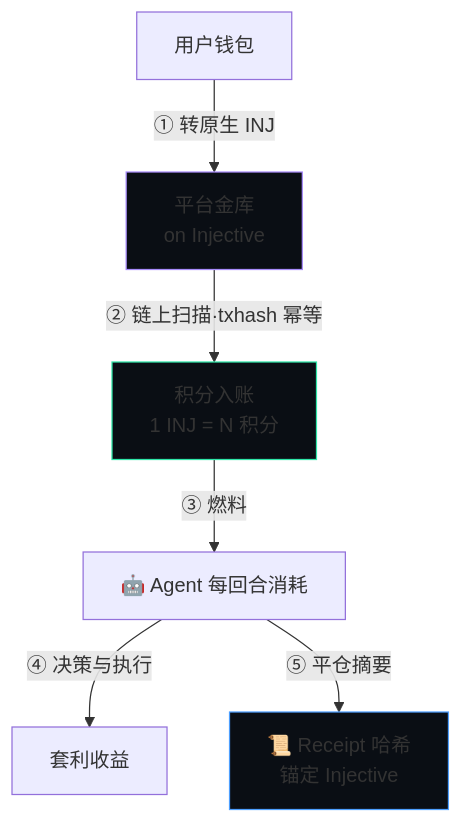
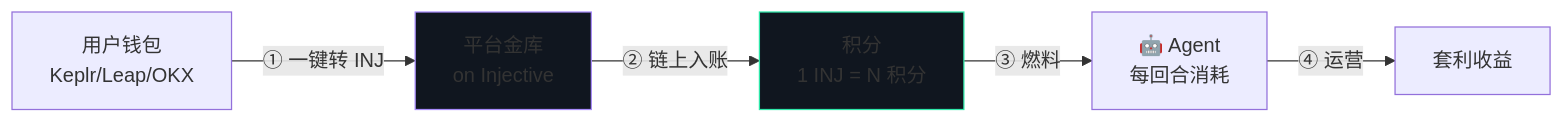
Before and after one commit to OneHaydenZhang/CarryPilot: the third of 3 diagrams in README.md, drawn with Mermaid. The commit also changed other lines of this file and 4 other files, not shown here.

Commit message:
Docs: split into product README (功能) + technical doc (docs/TECHNICAL.md), bilingual & diagram-rich; untrack & gitignore PRD (docs/产品文档)

````diff
--- a/README.md
+++ b/README.md
@@ -157,11 +95,9 @@
 ```mermaid
-flowchart TD
-    U[用户钱包] -->|① 转原生 INJ| T[平台金库<br/>on Injective]
-    T -->|② 链上扫描·txhash 幂等| C[积分入账<br/>1 INJ = N 积分]
-    C -->|③ 燃料| AG[🤖 Agent 每回合消耗]
-    AG -->|④ 决策与执行| PnL[套利收益]
-    AG -->|⑤ 平仓摘要| RC[📜 Receipt 哈希<br/>锚定 Injective]
-    style T fill:#0a0e14,stroke:#a78bfa
-    style C fill:#0a0e14,stroke:#2ee6a8
-    style RC fill:#0a0e14,stroke:#4d9fff
+flowchart LR
+    U["用户钱包<br/>Keplr/Leap/OKX"] -->|① 一键转 INJ| T["平台金库<br/>on Injective"]
+    T -->|② 链上入账| C["积分<br/>1 INJ = N 积分"]
+    C -->|③ 燃料| AG["🤖 Agent<br/>每回合消耗"]
+    AG -->|④ 运营| PnL["套利收益"]
+    style T fill:#10161f,stroke:#a78bfa
+    style C fill:#10161f,stroke:#2ee6a8
 ```
````
